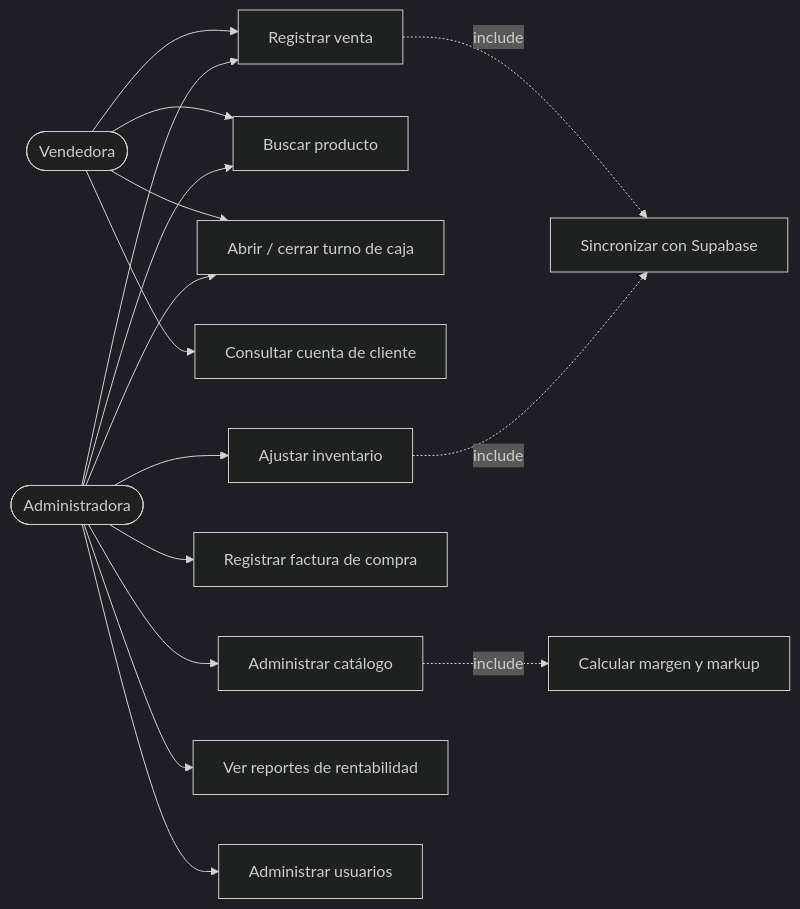
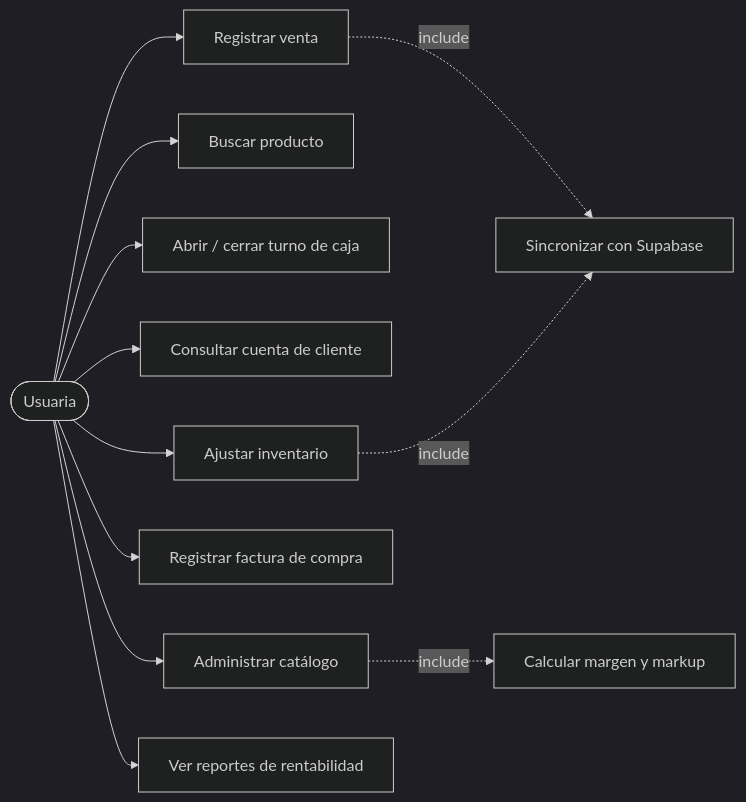
One commit to vroaseitz/sistema-inventario-productos changed the first of 4 diagrams in docs/07-diagramas-uml/README.md. Above: the diagram before and after it, drawn with Mermaid (dark theme). The commit also changed other lines of this file and 1 other file, not shown here.

Commit message:
fix: alinear ER y diagrama de casos de uso con la decision de perfil unico
El 16-09-2026 Victoria (Product Owner) decidio eliminar la distincion
Administradora/Vendedora del modulo de usuarios (quedan solo HU-USR-01
login y HU-USR-03 auditoria; ROL/PERMISO quedan como incremento
posterior). El ER y el diagrama de casos de uso subidos el 15-09 seguian
modelando roles completos -- contradiccion directa detectada al correr
un premortem sobre la decision.

- docs/06-modelo-datos: se quitan las tablas ROL, PERMISO, ROL_PERMISO
  y la relacion USUARIO->ROL. Se anota la decision en la tabla de
  correcciones (fila 8).
- docs/07-diagramas-uml: el diagrama de casos de uso pasa de dos
  actores (Administradora/Vendedora) a un solo actor (Usuaria) con
  acceso a todos los casos de uso.

Claude-Session: https://claude.ai/code/session_01NcSG8dqK3WWE3rhEwxu9J4

````diff
--- a/docs/07-diagramas-uml/README.md
+++ b/docs/07-diagramas-uml/README.md
@@ -22,23 +26,17 @@
 ```mermaid
 flowchart LR
-    Vendedora([Vendedora])
-    Admin([Administradora])
+    Usuaria([Usuaria])
 
-    Vendedora --> UC1[Registrar venta]
-    Vendedora --> UC2[Buscar producto]
-    Vendedora --> UC3[Abrir / cerrar turno de caja]
-    Vendedora --> UC4[Consultar cuenta de cliente]
-
-    Admin --> UC1
-    Admin --> UC2
-    Admin --> UC3
-    Admin --> UC5[Administrar catálogo]
-    Admin --> UC6[Registrar factura de compra]
-    Admin --> UC7[Ajustar inventario]
-    Admin --> UC8[Ver reportes de rentabilidad]
-    Admin --> UC9[Administrar usuarios]
+    Usuaria --> UC1[Registrar venta]
+    Usuaria --> UC2[Buscar producto]
+    Usuaria --> UC3[Abrir / cerrar turno de caja]
+    Usuaria --> UC4[Consultar cuenta de cliente]
+    Usuaria --> UC5[Administrar catálogo]
+    Usuaria --> UC6[Registrar factura de compra]
+    Usuaria --> UC7[Ajustar inventario]
+    Usuaria --> UC8[Ver reportes de rentabilidad]
 
     UC5 -.include.-> UC10[Calcular margen y markup]
     UC1 -.include.-> UC11[Sincronizar con Supabase]
     UC7 -.include.-> UC11
 ```
````
